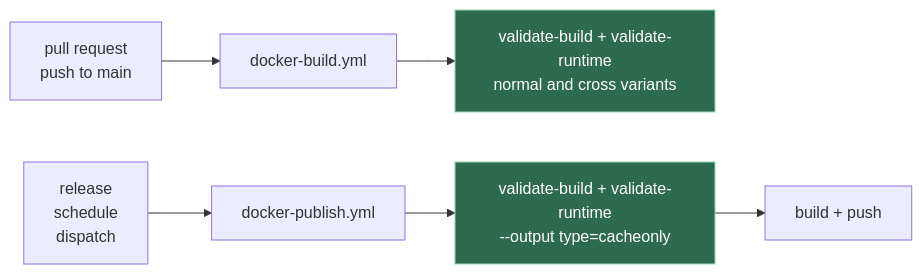
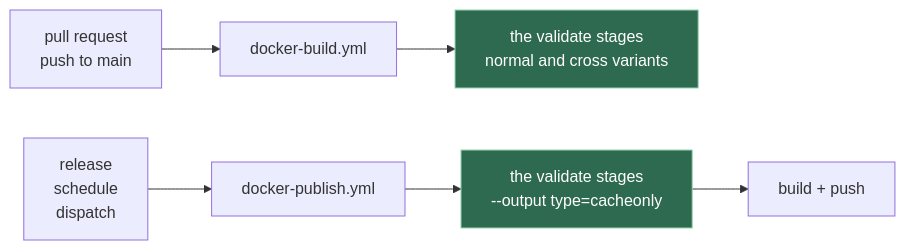
The third of 3 diagrams in docs/IMAGES_VALIDATION.md (GuillaumeDua/cpp-toolchain), drawn with Mermaid before and after one commit. The commit also changed other lines of this file and 3 other files, not shown here.

````diff
--- a/docs/IMAGES_VALIDATION.md
+++ b/docs/IMAGES_VALIDATION.md
@@ -247,12 +251,12 @@
 ```mermaid
 flowchart LR
     pr["pull request<br/>push to main"] --> dbuild["docker-build.yml"]
-    dbuild --> g1["validate-build + validate-runtime<br/>normal and cross variants"]
+    dbuild --> g1["the validate stages<br/>normal and cross variants"]
 
     trigger["release<br/>schedule<br/>dispatch"] --> dpub["docker-publish.yml"]
-    dpub --> g2["validate-build + validate-runtime<br/>--output type=cacheonly"]
+    dpub --> g2["the validate stages<br/>--output type=cacheonly"]
     g2 --> push["build + push"]
 
     classDef gate fill:#2d6a4f,stroke:#95d5b2,color:#ffffff
     class g1,g2 gate
 ```
````
